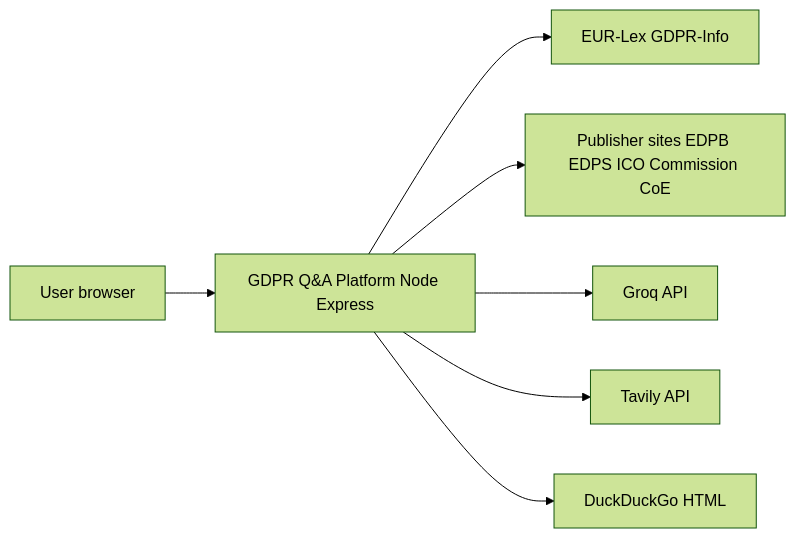
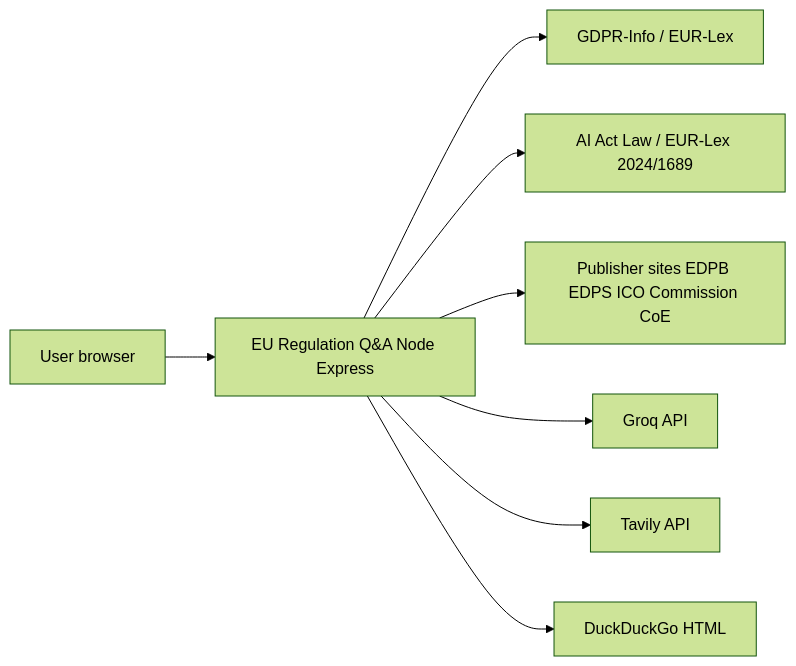
Before and after one commit to RifqiMT/gdpr-qa-platform: the first of 4 diagrams in docs/ARCHITECTURE.md, drawn with Mermaid (forest theme). The commit also changed other lines of this file and 40 other files, not shown here.

````diff
--- a/docs/ARCHITECTURE.md
+++ b/docs/ARCHITECTURE.md
@@ -6,17 +8,19 @@
 ```mermaid
 flowchart LR
   user[User browser]
-  app[GDPR Q&A Platform Node Express]
-  eurlex[EUR-Lex GDPR-Info]
+  app[EU Regulation Q&A Node Express]
+  gdprSrc[GDPR-Info / EUR-Lex]
+  aiSrc[AI Act Law / EUR-Lex 2024/1689]
   news[Publisher sites EDPB EDPS ICO Commission CoE]
   groq[Groq API]
   tavily[Tavily API]
   ddg[DuckDuckGo HTML]
 
   user --> app
-  app --> eurlex
+  app --> gdprSrc
+  app --> aiSrc
   app --> news
   app --> groq
   app --> tavily
   app --> ddg
 ```
````
